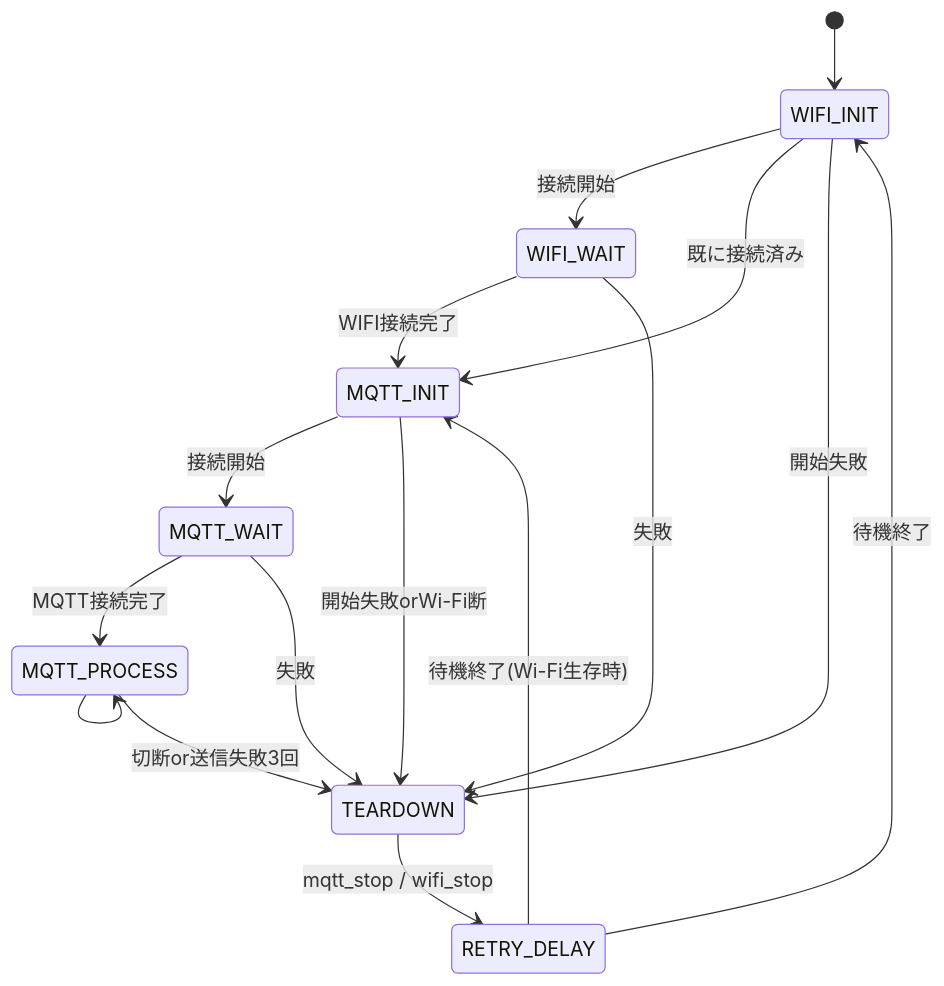
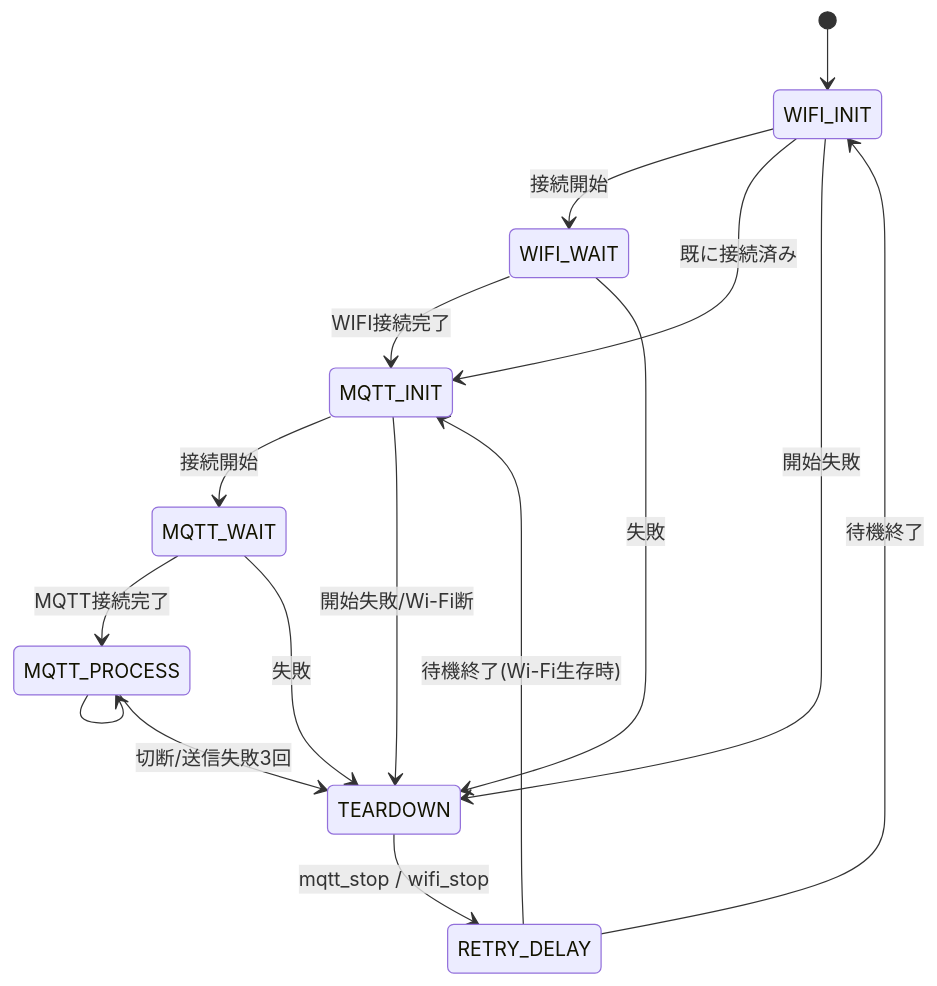
The fourth of 5 diagrams in README.md (Kamiyama210/SmartRemocon), drawn with Mermaid before and after one commit. The commit also changed other lines of this file, not shown here.

````diff
--- a/README.md
+++ b/README.md
@@ -90,21 +89,21 @@
 ```mermaid
 stateDiagram-v2
     [*] --> WIFI_INIT
 
     WIFI_INIT --> WIFI_WAIT: 接続開始
     WIFI_INIT --> MQTT_INIT: 既に接続済み
     WIFI_WAIT --> MQTT_INIT: WIFI接続完了
     MQTT_INIT --> MQTT_WAIT: 接続開始
     MQTT_WAIT --> MQTT_PROCESS: MQTT接続完了
     MQTT_PROCESS --> MQTT_PROCESS
 
     WIFI_INIT --> TEARDOWN: 開始失敗
     WIFI_WAIT --> TEARDOWN: 失敗
-    MQTT_INIT --> TEARDOWN: 開始失敗orWi-Fi断
+    MQTT_INIT --> TEARDOWN: 開始失敗/Wi-Fi断
     MQTT_WAIT --> TEARDOWN: 失敗
-    MQTT_PROCESS --> TEARDOWN: 切断or送信失敗3回
+    MQTT_PROCESS --> TEARDOWN: 切断/送信失敗3回
 
     TEARDOWN --> RETRY_DELAY: mqtt_stop / wifi_stop
     RETRY_DELAY --> WIFI_INIT: 待機終了
     RETRY_DELAY --> MQTT_INIT: 待機終了(Wi-Fi生存時)
 ```
````
